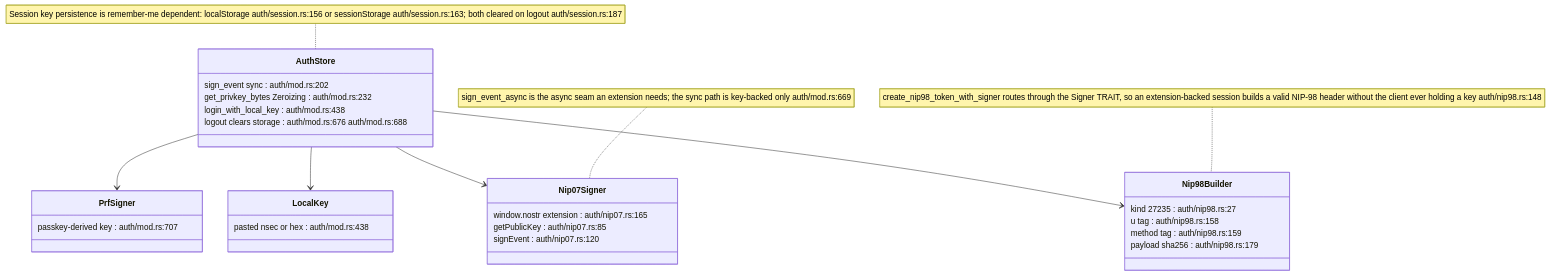
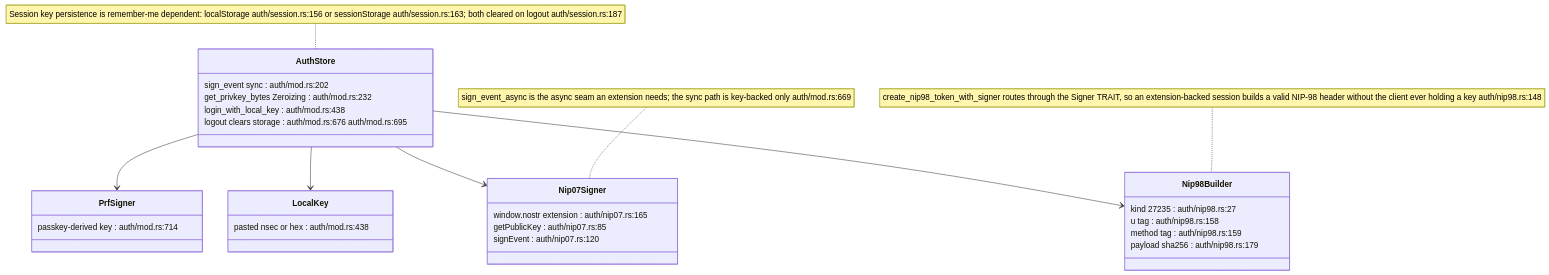
Before and after one commit to DreamLab-AI/VisionFlow: the fourth of 17 diagrams in docs/diagrams/nostr-rust-forum/05-leptos-clients-onboarding-messaging-governance.md, drawn with Mermaid. The commit also changed other lines of this file and 160 other files, not shown here.

````diff
--- a/docs/diagrams/nostr-rust-forum/05-leptos-clients-onboarding-messaging-governance.md
+++ b/docs/diagrams/nostr-rust-forum/05-leptos-clients-onboarding-messaging-governance.md
@@ -161,34 +165,34 @@
 ```mermaid
 classDiagram
     class AuthStore {
         sign_event sync : auth/mod.rs:202
         get_privkey_bytes Zeroizing : auth/mod.rs:232
         login_with_local_key : auth/mod.rs:438
-        logout clears storage : auth/mod.rs:676 auth/mod.rs:688
+        logout clears storage : auth/mod.rs:676 auth/mod.rs:695
     }
     class PrfSigner {
-        passkey-derived key : auth/mod.rs:707
+        passkey-derived key : auth/mod.rs:714
     }
     class Nip07Signer {
         window.nostr extension : auth/nip07.rs:165
         getPublicKey : auth/nip07.rs:85
         signEvent : auth/nip07.rs:120
     }
     class LocalKey {
         pasted nsec or hex : auth/mod.rs:438
     }
     class Nip98Builder {
         kind 27235 : auth/nip98.rs:27
         u tag : auth/nip98.rs:158
         method tag : auth/nip98.rs:159
         payload sha256 : auth/nip98.rs:179
     }
     AuthStore --> PrfSigner
     AuthStore --> Nip07Signer
     AuthStore --> LocalKey
     AuthStore --> Nip98Builder
 
     note for Nip98Builder "create_nip98_token_with_signer routes through the Signer TRAIT, so an extension-backed session builds a valid NIP-98 header without the client ever holding a key auth/nip98.rs:148"
     note for AuthStore "Session key persistence is remember-me dependent: localStorage auth/session.rs:156 or sessionStorage auth/session.rs:163; both cleared on logout auth/session.rs:187"
     note for Nip07Signer "sign_event_async is the async seam an extension needs; the sync path is key-backed only auth/mod.rs:669"
 ```
````
